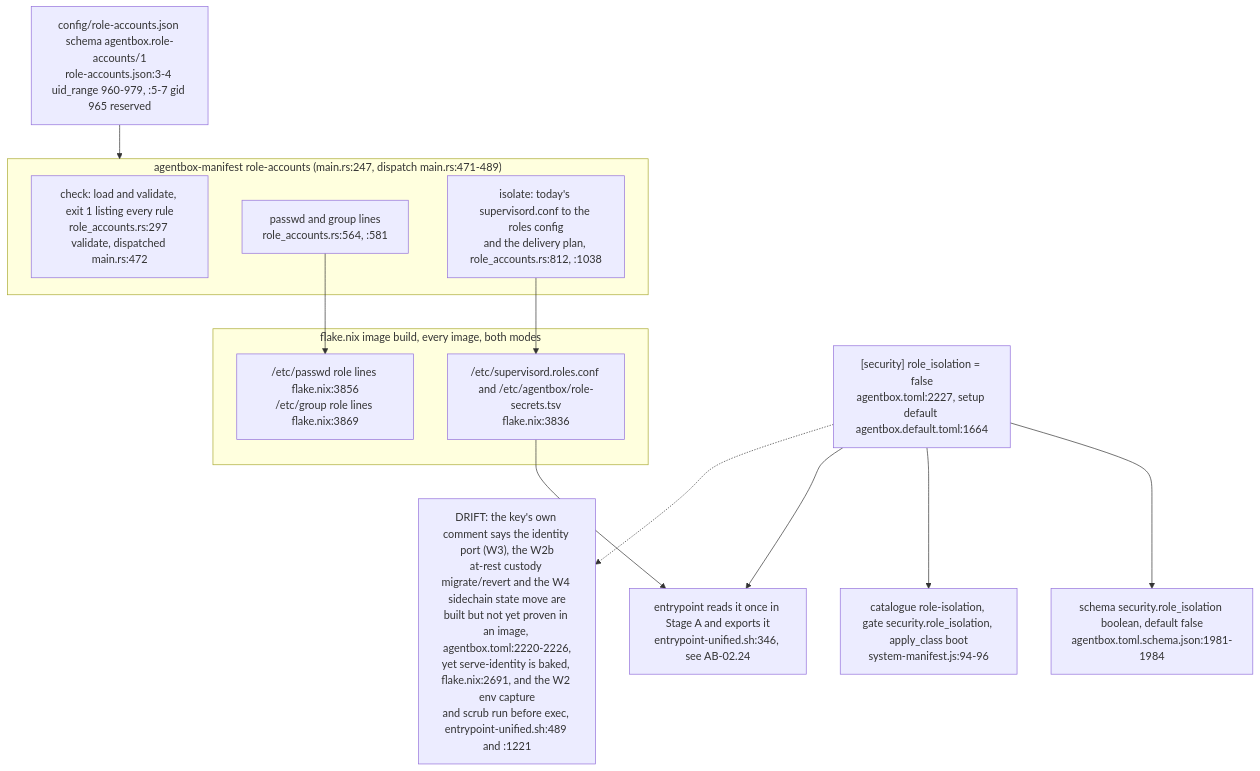
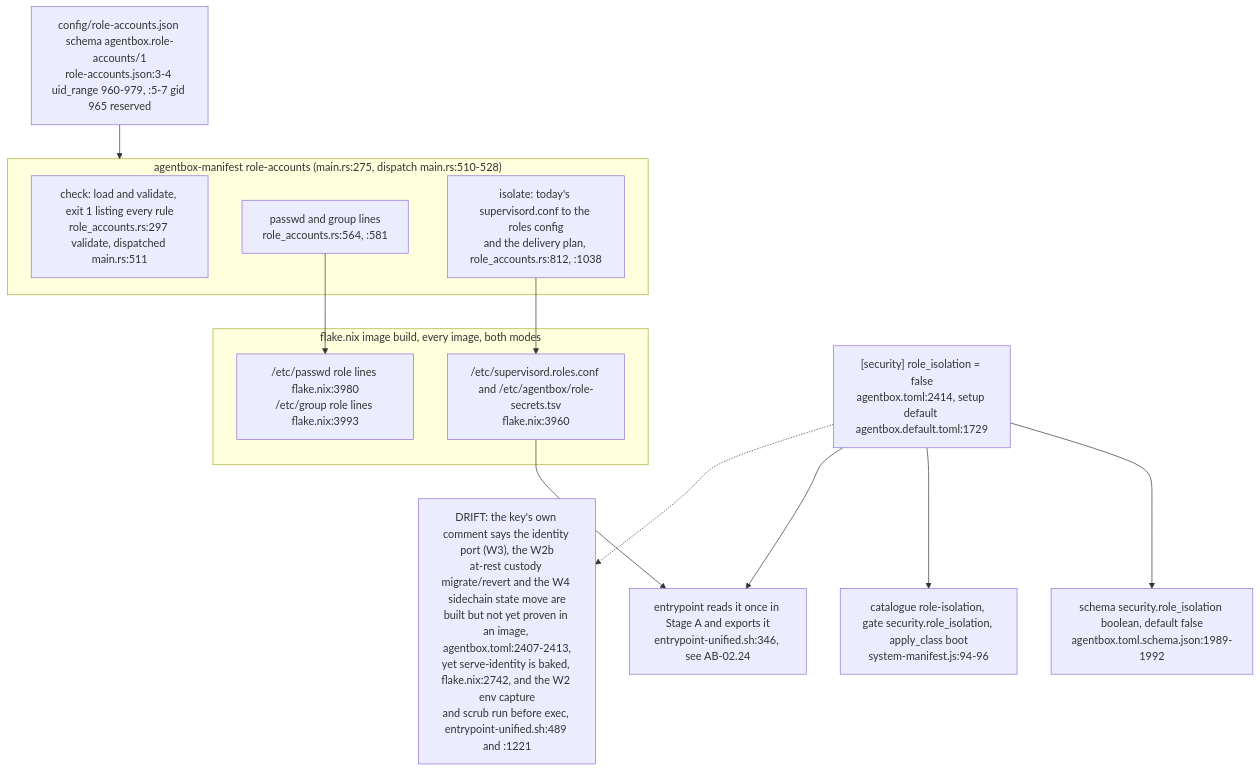
Before and after one commit to DreamLab-AI/VisionFlow: diagram 15 of 15 in docs/diagrams/agentbox/05-manifest-gates-and-cli.md, drawn with Mermaid. The commit also changed other lines of this file and 80 other files, not shown here.

First line of the commit message:
docs(diagrams): re-verify the agentbox, dreamlab, estate and visionflow corpus against current sources

````diff
--- a/docs/diagrams/agentbox/05-manifest-gates-and-cli.md
+++ b/docs/diagrams/agentbox/05-manifest-gates-and-cli.md
@@ -500,25 +513,25 @@
 ```mermaid
 flowchart TB
-    KEY["[security] role_isolation = false<br/>agentbox.toml:2227, setup default agentbox.default.toml:1664"]
-    SCH["schema security.role_isolation boolean, default false<br/>agentbox.toml.schema.json:1981-1984"]
+    KEY["[security] role_isolation = false<br/>agentbox.toml:2414, setup default agentbox.default.toml:1729"]
+    SCH["schema security.role_isolation boolean, default false<br/>agentbox.toml.schema.json:1989-1992"]
     CATE["catalogue role-isolation, gate security.role_isolation, apply_class boot<br/>system-manifest.js:94-96"]
     TBL["config/role-accounts.json schema agentbox.role-accounts/1<br/>role-accounts.json:3-4 uid_range 960-979, :5-7 gid 965 reserved"]
-    subgraph CLI["agentbox-manifest role-accounts (main.rs:247, dispatch main.rs:471-489)"]
-        CHK["check: load and validate, exit 1 listing every rule<br/>role_accounts.rs:297 validate, dispatched main.rs:472"]
+    subgraph CLI["agentbox-manifest role-accounts (main.rs:275, dispatch main.rs:510-528)"]
+        CHK["check: load and validate, exit 1 listing every rule<br/>role_accounts.rs:297 validate, dispatched main.rs:511"]
         PW["passwd and group lines<br/>role_accounts.rs:564, :581"]
         ISO["isolate: today's supervisord.conf to the roles config<br/>and the delivery plan, role_accounts.rs:812, :1038"]
     end
     subgraph BUILD["flake.nix image build, every image, both modes"]
-        B1["/etc/supervisord.roles.conf and /etc/agentbox/role-secrets.tsv<br/>flake.nix:3836"]
-        B2["/etc/passwd role lines flake.nix:3856<br/>/etc/group role lines flake.nix:3869"]
+        B1["/etc/supervisord.roles.conf and /etc/agentbox/role-secrets.tsv<br/>flake.nix:3960"]
+        B2["/etc/passwd role lines flake.nix:3980<br/>/etc/group role lines flake.nix:3993"]
     end
     BOOT["entrypoint reads it once in Stage A and exports it<br/>entrypoint-unified.sh:346, see AB-02.24"]
     KEY --> SCH
     KEY --> CATE
     KEY --> BOOT
     TBL --> CLI
     PW --> B2
     ISO --> B1
     B1 --> BOOT
-    KEY -.-> DRIFT["DRIFT: the key's own comment says the identity port (W3), the W2b<br/>at-rest custody migrate/revert and the W4 sidechain state move are<br/>built but not yet proven in an image, agentbox.toml:2220-2226,<br/>yet serve-identity is baked, flake.nix:2691, and the W2 env capture<br/>and scrub run before exec, entrypoint-unified.sh:489 and :1221"]
+    KEY -.-> DRIFT["DRIFT: the key's own comment says the identity port (W3), the W2b<br/>at-rest custody migrate/revert and the W4 sidechain state move are<br/>built but not yet proven in an image, agentbox.toml:2407-2413,<br/>yet serve-identity is baked, flake.nix:2742, and the W2 env capture<br/>and scrub run before exec, entrypoint-unified.sh:489 and :1221"]
 ```
````
